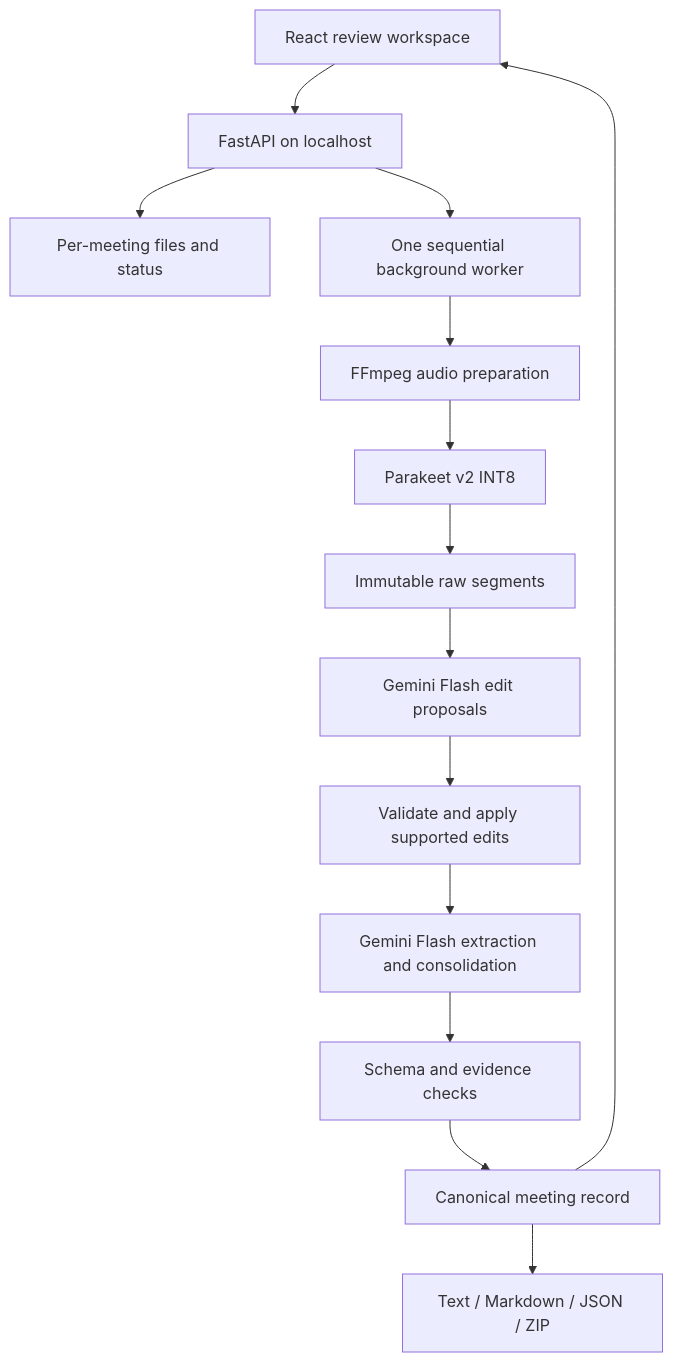
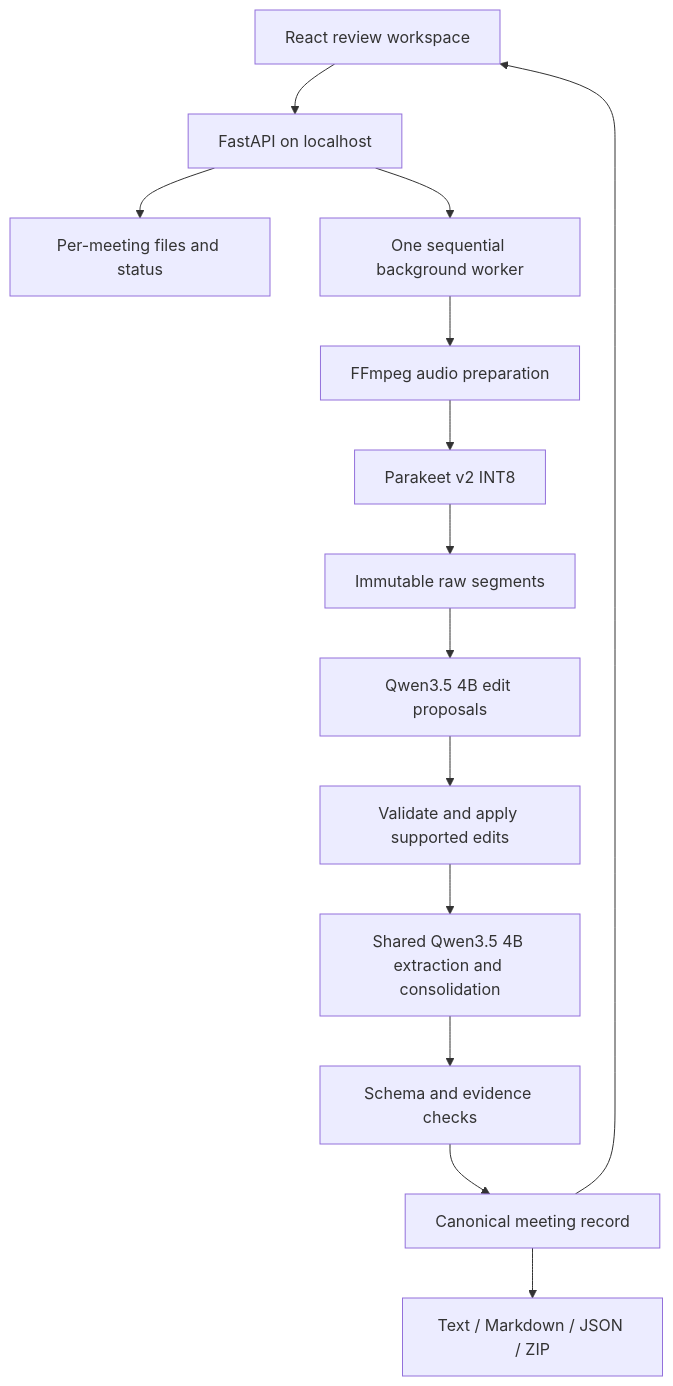
One commit to mynkz3/metawispr changed the diagram in docs/DESIGN.md. Above: the diagram before and after it, drawn with Mermaid. The commit also changed other lines of this file and 17 other files, not shown here.

Commit message:
refactor: retire Gemini and restore local Qwen pipeline

````diff
--- a/docs/DESIGN.md
+++ b/docs/DESIGN.md
@@ -81,16 +79,16 @@
 ```mermaid
 flowchart TD
     UI[React review workspace] --> API[FastAPI on localhost]
     API --> FILES[Per-meeting files and status]
     API --> WORKER[One sequential background worker]
     WORKER --> AUDIO[FFmpeg audio preparation]
     AUDIO --> ASR[Parakeet v2 INT8]
     ASR --> RAW[Immutable raw segments]
-    RAW --> REF[Gemini Flash edit proposals]
+    RAW --> REF[Qwen3.5 4B edit proposals]
     REF --> GUARD[Validate and apply supported edits]
-    GUARD --> DOC[Gemini Flash extraction and consolidation]
+    GUARD --> DOC[Shared Qwen3.5 4B extraction and consolidation]
     DOC --> CHECK[Schema and evidence checks]
     CHECK --> RECORD[Canonical meeting record]
     RECORD --> UI
     RECORD --> EXPORT[Text / Markdown / JSON / ZIP]
 ```
````
